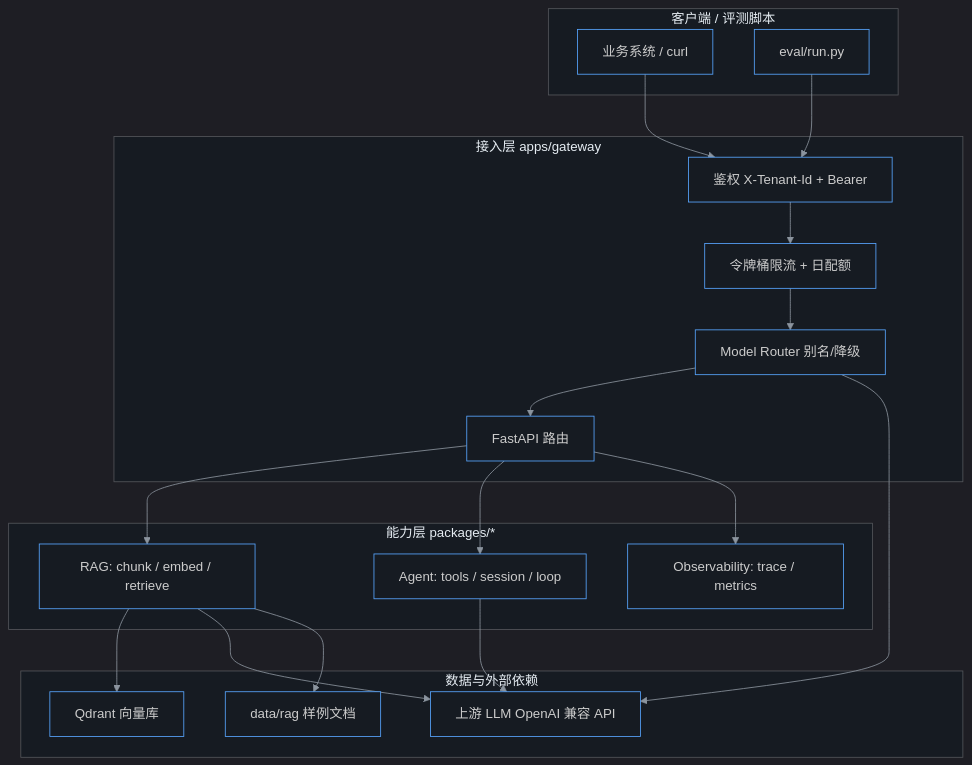
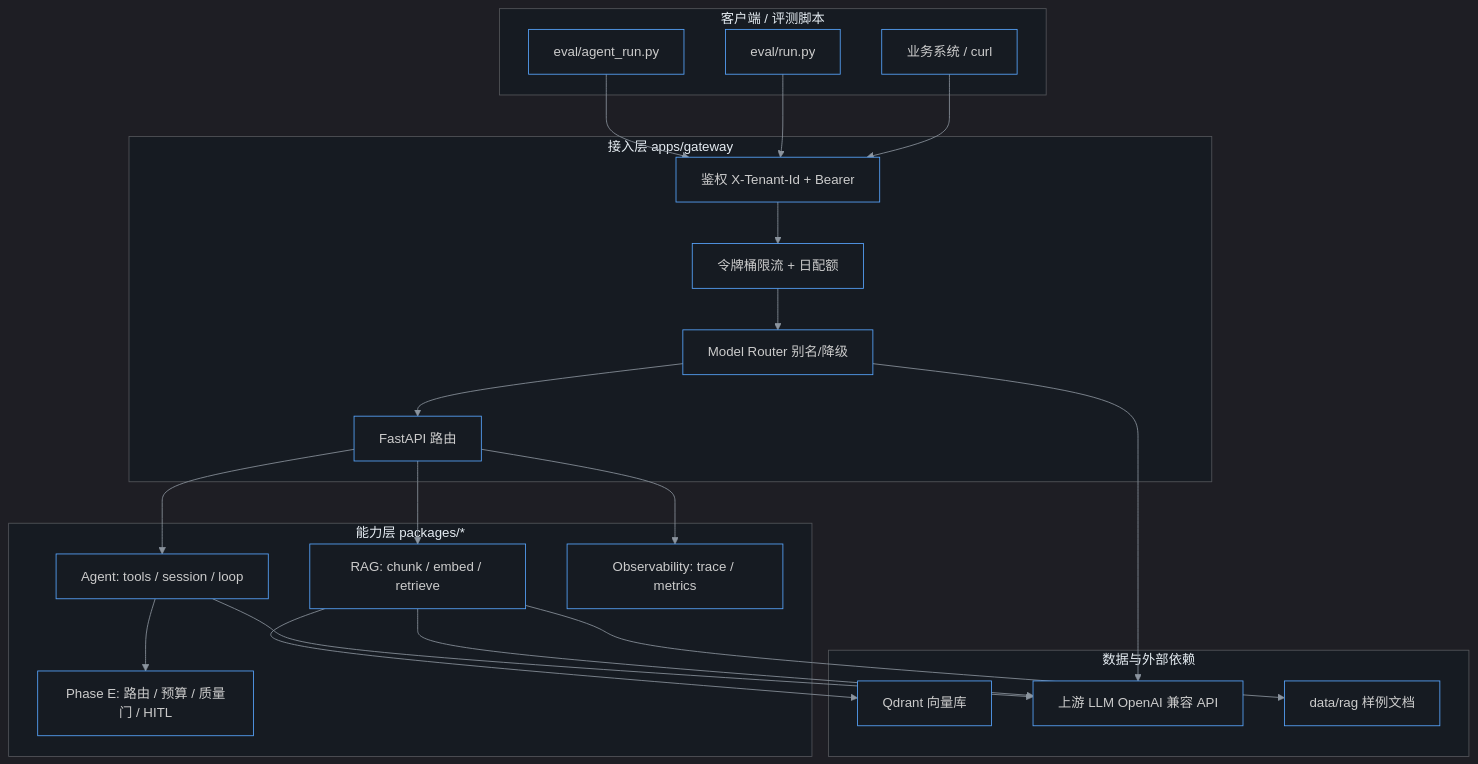
One commit to xingyun0812/ai-platform-lab changed the first of 6 diagrams in docs/architecture.md. Above: the diagram before and after it, drawn with Mermaid. The commit also changed other lines of this file and 1 other file, not shown here.

First line of the commit message:
docs: add Phase E milestone and architecture flow

````diff
--- a/docs/architecture.md
+++ b/docs/architecture.md
@@ -9,39 +9,43 @@
 ```mermaid
 %%{init: {'theme': 'dark', 'themeVariables': { 'primaryColor': '#1e3a5f', 'primaryTextColor': '#e6edf3', 'primaryBorderColor': '#58a6ff', 'lineColor': '#8b949e', 'secondaryColor': '#21262d', 'tertiaryColor': '#161b22', 'background': '#0d1117', 'mainBkg': '#161b22', 'nodeBorder': '#58a6ff', 'clusterBkg': '#161b22', 'titleColor': '#e6edf3', 'edgeLabelBackground':'#161b22'}}}%%
 flowchart TB
   subgraph Client["客户端 / 评测脚本"]
     C1["业务系统 / curl"]
     C2["eval/run.py"]
+    C3["eval/agent_run.py"]
   end
 
   subgraph Edge["接入层 apps/gateway"]
     G1["鉴权 X-Tenant-Id + Bearer"]
     G2["令牌桶限流 + 日配额"]
     G3["Model Router 别名/降级"]
     G4["FastAPI 路由"]
   end
 
   subgraph Cap["能力层 packages/*"]
     R1["RAG: chunk / embed / retrieve"]
     A1["Agent: tools / session / loop"]
+    A2["Phase E: 路由 / 预算 / 质量门 / HITL"]
     O1["Observability: trace / metrics"]
   end
 
   subgraph Data["数据与外部依赖"]
     Q["Qdrant 向量库"]
     U["上游 LLM OpenAI 兼容 API"]
     F["data/rag 样例文档"]
   end
 
   C1 --> G1
   C2 --> G1
+  C3 --> G1
   G1 --> G2 --> G3 --> G4
   G4 --> R1
   G4 --> A1
+  A1 --> A2
   G4 --> O1
   R1 --> Q
   R1 --> U
   R1 --> F
   A1 --> U
   G3 --> U
 ```
````
